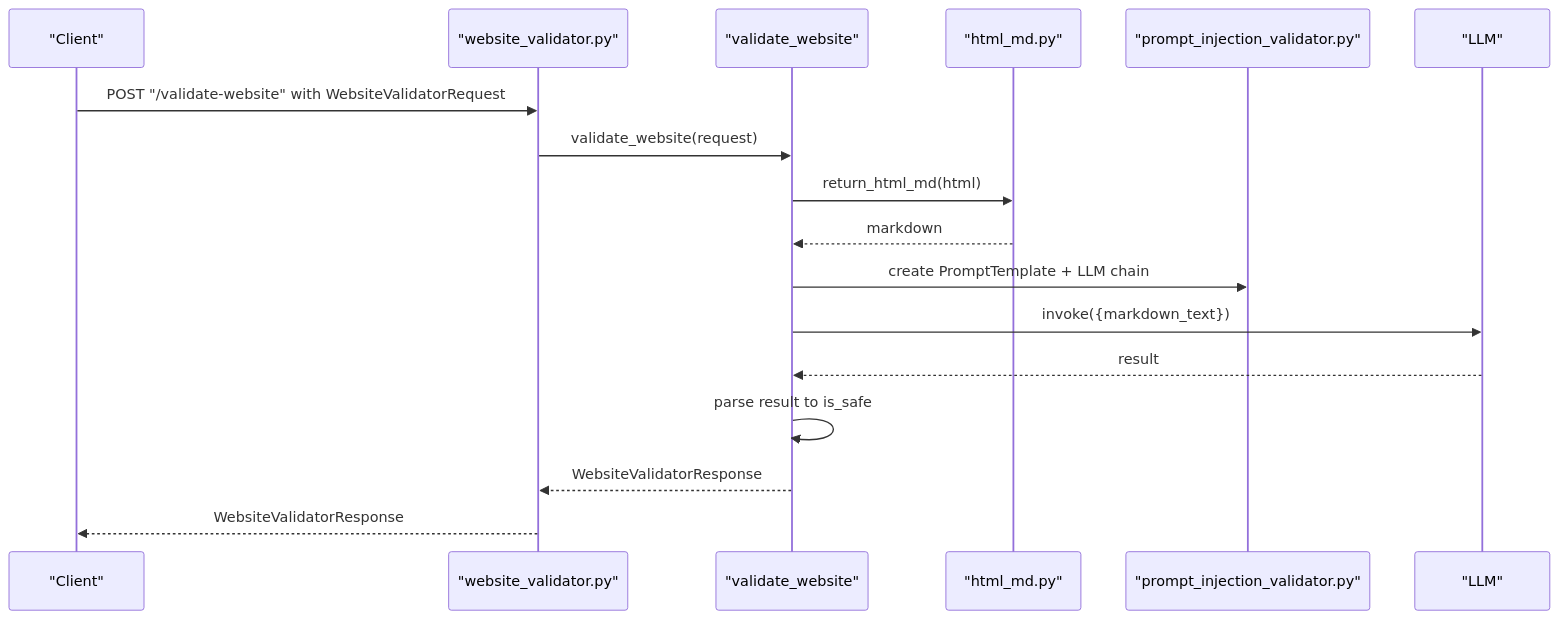
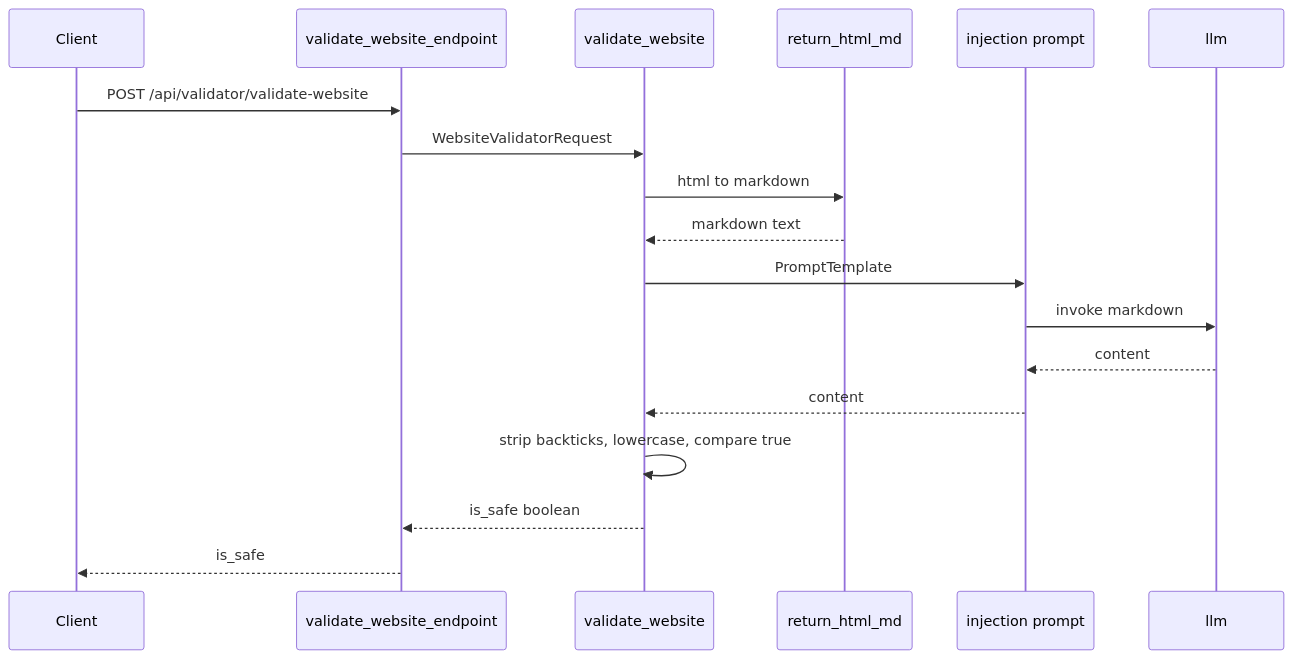
The fifth of 6 diagrams in src/data/docs/agentic-browser/Service Integrations/Website Analysis Integration.md (tashifkhan/tashif.codes), drawn with Mermaid before and after one commit. The commit also changed other lines of this file and 114 other files, not shown here.

````diff
--- a/src/data/docs/agentic-browser/Service Integrations/Website Analysis Integration.md
+++ b/src/data/docs/agentic-browser/Service Integrations/Website Analysis Integration.md
@@ -144,19 +158,20 @@
 ```mermaid
 sequenceDiagram
-participant Client as "Client"
-participant Router as "website_validator.py"
-participant Service as "validate_website"
-participant Tools as "html_md.py"
-participant Prompt as "prompt_injection_validator.py"
-participant LLM as "LLM"
-Client->>Router : POST "/validate-website" with WebsiteValidatorRequest
-Router->>Service : validate_website(request)
-Service->>Tools : return_html_md(html)
-Tools-->>Service : markdown
-Service->>Prompt : create PromptTemplate + LLM chain
-Service->>LLM : invoke({markdown_text})
-LLM-->>Service : result
-Service->>Service : parse result to is_safe
-Service-->>Router : WebsiteValidatorResponse
-Router-->>Client : WebsiteValidatorResponse
+  participant C as Client
+  participant R as validate_website_endpoint
+  participant S as validate_website
+  participant H as return_html_md
+  participant P as injection prompt
+  participant L as llm
+  C->>R: POST /api/validator/validate-website
+  R->>S: WebsiteValidatorRequest
+  S->>H: html to markdown
+  H-->>S: markdown text
+  S->>P: PromptTemplate
+  P->>L: invoke markdown
+  L-->>P: content
+  P-->>S: content
+  S->>S: strip backticks, lowercase, compare true
+  S-->>R: is_safe boolean
+  R-->>C: is_safe
 ```
````
